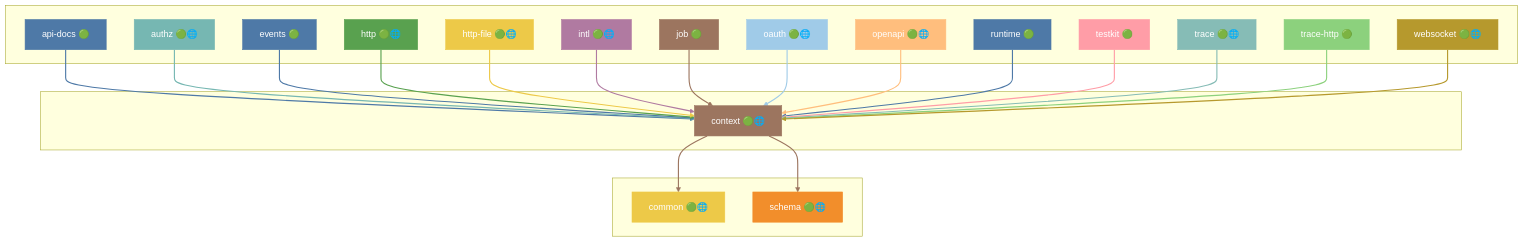
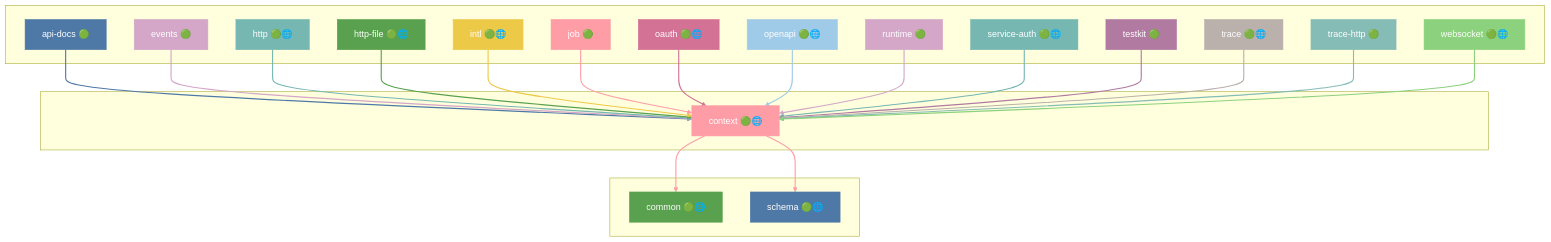
Before and after one commit to grest-ts/grest-ts: the ninth of 49 diagrams in docs/DEPENDENCIES.md, drawn with Mermaid. The commit also changed other lines of this file and 8 other files, not shown here.

Commit message:
service-auth: browser entry exporting GGInternalOnly, so contracts in an api package shared with a browser can use it

````diff
--- a/docs/DEPENDENCIES.md
+++ b/docs/DEPENDENCIES.md
@@ -787,75 +753,75 @@
 ```mermaid
 flowchart TB
     subgraph Dependents[" "]
         api-docs["api-docs 🟢"]
-        authz["authz 🟢🌐"]
         events["events 🟢"]
         http["http 🟢🌐"]
         http-file["http-file 🟢🌐"]
         intl["intl 🟢🌐"]
         job["job 🟢"]
         oauth["oauth 🟢🌐"]
         openapi["openapi 🟢🌐"]
         runtime["runtime 🟢"]
+        service-auth["service-auth 🟢🌐"]
         testkit["testkit 🟢"]
         trace["trace 🟢🌐"]
         trace-http["trace-http 🟢"]
         websocket["websocket 🟢🌐"]
     end
     subgraph Package[" "]
         context["context 🟢🌐"]
     end
     subgraph Dependencies[" "]
         common["common 🟢🌐"]
         schema["schema 🟢🌐"]
     end
     api-docs --> context
-    authz --> context
     events --> context
     http --> context
     http-file --> context
     intl --> context
     job --> context
     oauth --> context
     openapi --> context
     runtime --> context
+    service-auth --> context
     testkit --> context
     trace --> context
     trace-http --> context
     websocket --> context
     context --> common
     context --> schema
-    style context fill:#9C755F,stroke:#9C755F,color:#fff
+    style context fill:#FF9DA7,stroke:#FF9DA7,color:#fff
     style api-docs fill:#4E79A7,stroke:#4E79A7,color:#fff
-    style authz fill:#76B7B2,stroke:#76B7B2,color:#fff
-    style events fill:#4E79A7,stroke:#4E79A7,color:#fff
-    style http fill:#59A14F,stroke:#59A14F,color:#fff
-    style http-file fill:#EDC948,stroke:#EDC948,color:#fff
-    style intl fill:#B07AA1,stroke:#B07AA1,color:#fff
-    style job fill:#9C755F,stroke:#9C755F,color:#fff
-    style oauth fill:#A0CBE8,stroke:#A0CBE8,color:#fff
-    style openapi fill:#FFBE7D,stroke:#FFBE7D,color:#fff
-    style runtime fill:#4E79A7,stroke:#4E79A7,color:#fff
-    style testkit fill:#FF9DA7,stroke:#FF9DA7,color:#fff
-    style trace fill:#86BCB6,stroke:#86BCB6,color:#fff
-    style trace-http fill:#8CD17D,stroke:#8CD17D,color:#fff
-    style websocket fill:#B6992D,stroke:#B6992D,color:#fff
-    style common fill:#EDC948,stroke:#EDC948,color:#fff
-    style schema fill:#F28E2B,stroke:#F28E2B,color:#fff
+    style events fill:#D4A6C8,stroke:#D4A6C8,color:#fff
+    style http fill:#76B7B2,stroke:#76B7B2,color:#fff
+    style http-file fill:#59A14F,stroke:#59A14F,color:#fff
+    style intl fill:#EDC948,stroke:#EDC948,color:#fff
+    style job fill:#FF9DA7,stroke:#FF9DA7,color:#fff
+    style oauth fill:#D37295,stroke:#D37295,color:#fff
+    style openapi fill:#A0CBE8,stroke:#A0CBE8,color:#fff
+    style runtime fill:#D4A6C8,stroke:#D4A6C8,color:#fff
+    style service-auth fill:#76B7B2,stroke:#76B7B2,color:#fff
+    style testkit fill:#B07AA1,stroke:#B07AA1,color:#fff
+    style trace fill:#BAB0AC,stroke:#BAB0AC,color:#fff
+    style trace-http fill:#86BCB6,stroke:#86BCB6,color:#fff
+    style websocket fill:#8CD17D,stroke:#8CD17D,color:#fff
+    style common fill:#59A14F,stroke:#59A14F,color:#fff
+    style schema fill:#4E79A7,stroke:#4E79A7,color:#fff
     linkStyle 0 stroke:#4E79A7,stroke-width:2px
-    linkStyle 1 stroke:#76B7B2,stroke-width:2px
-    linkStyle 2 stroke:#4E79A7,stroke-width:2px
+    linkStyle 1 stroke:#D4A6C8,stroke-width:2px
+    linkStyle 2 stroke:#76B7B2,stroke-width:2px
     linkStyle 3 stroke:#59A14F,stroke-width:2px
     linkStyle 4 stroke:#EDC948,stroke-width:2px
-    linkStyle 5 stroke:#B07AA1,stroke-width:2px
-    linkStyle 6 stroke:#9C755F,stroke-width:2px
+    linkStyle 5 stroke:#FF9DA7,stroke-width:2px
+    linkStyle 6 stroke:#D37295,stroke-width:2px
     linkStyle 7 stroke:#A0CBE8,stroke-width:2px
-    linkStyle 8 stroke:#FFBE7D,stroke-width:2px
-    linkStyle 9 stroke:#4E79A7,stroke-width:2px
-    linkStyle 10 stroke:#FF9DA7,stroke-width:2px
-    linkStyle 11 stroke:#86BCB6,stroke-width:2px
-    linkStyle 12 stroke:#8CD17D,stroke-width:2px
-    linkStyle 13 stroke:#B6992D,stroke-width:2px
-    linkStyle 14 stroke:#9C755F,stroke-width:2px
-    linkStyle 15 stroke:#9C755F,stroke-width:2px
+    linkStyle 8 stroke:#D4A6C8,stroke-width:2px
+    linkStyle 9 stroke:#76B7B2,stroke-width:2px
+    linkStyle 10 stroke:#B07AA1,stroke-width:2px
+    linkStyle 11 stroke:#BAB0AC,stroke-width:2px
+    linkStyle 12 stroke:#86BCB6,stroke-width:2px
+    linkStyle 13 stroke:#8CD17D,stroke-width:2px
+    linkStyle 14 stroke:#FF9DA7,stroke-width:2px
+    linkStyle 15 stroke:#FF9DA7,stroke-width:2px
 ```
````
